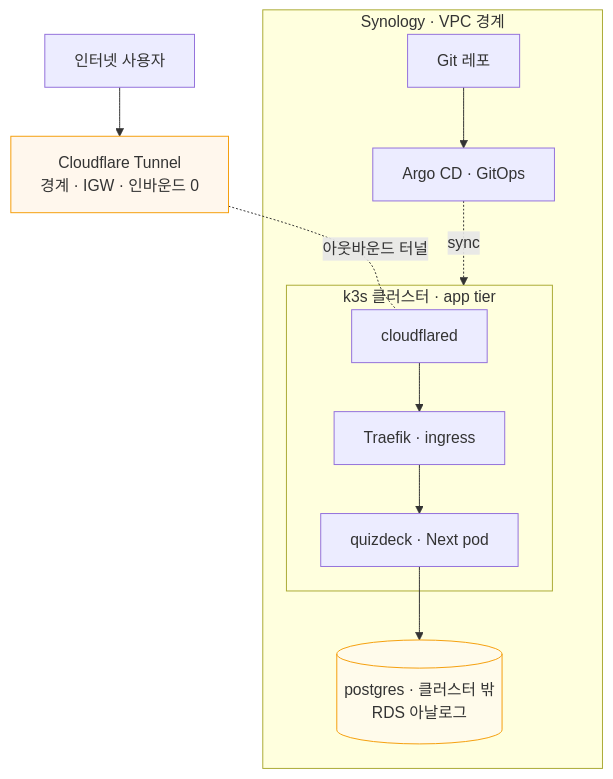
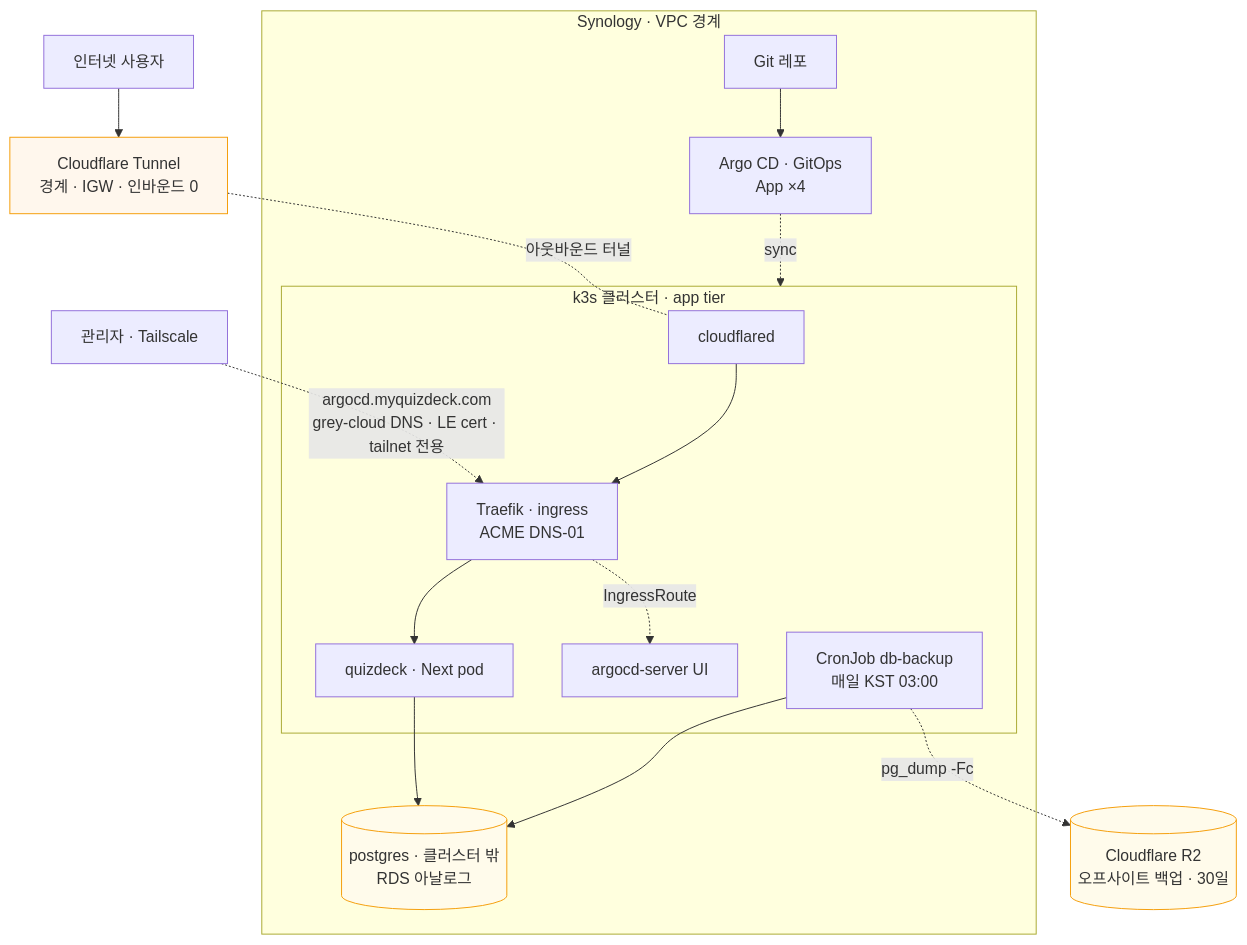
Before and after one commit to young1ll/quizdeck: the diagram in docs/architecture/platform-roadmap.md, drawn with Mermaid. The commit also changed 1 other file, not shown here.

Commit message:
docs(architecture): 인프라 다이어그램 현행화 — R2 백업·ArgoCD tailnet 노출·롤아웃 게이트
architecture-aws-style.html(정본 도면)을 2026-07-09 라이브 상태로 갱신: Cloudflare R2
오프사이트 백업(Synology 밖 = 다른 실패 도메인, postgres→CronJob→R2 흐름), ArgoCD UI
tailnet 전용 경로(Tailscale→Traefik IngressRoute→argocd-server, grey-cloud·LE cert),
Traefik ACME DNS-01, Argo App ×4, CI 롤아웃 확정 게이트, quizdeck ns 의 db-backup
CronJob·probe 표기. 매핑·흐름 테이블에 백업/CD대시보드/TLS/헬스 행 + 운영 흐름 표 추가,
깨진 ADR-0002 링크(../adr/) 수정. platform-roadmap.md mermaid 토폴로지도 동기화.
Chrome 렌더 검증(라벨 넘침·텍스트 충돌 수정).

Claude-Session: https://claude.ai/code/session_0135dBHsAytVxNJ1RnMsMdiK

````diff
--- a/docs/architecture/platform-roadmap.md
+++ b/docs/architecture/platform-roadmap.md
@@ -17,18 +17,23 @@
 ```mermaid
 flowchart TB
   U[인터넷 사용자] --> CF[Cloudflare Tunnel<br/>경계 · IGW · 인바운드 0]
   CF -. 아웃바운드 터널 .- CFD
+  ADM[관리자 · Tailscale] -. "argocd.myquizdeck.com<br/>grey-cloud DNS · LE cert · tailnet 전용" .-> TR
   subgraph SYN["Synology · VPC 경계"]
     subgraph K3S["k3s 클러스터 · app tier"]
-      CFD[cloudflared] --> TR[Traefik · ingress]
+      CFD[cloudflared] --> TR[Traefik · ingress<br/>ACME DNS-01]
       TR --> NX[quizdeck · Next pod]
+      TR -. IngressRoute .-> AUI[argocd-server UI]
+      BK[CronJob db-backup<br/>매일 KST 03:00]
     end
     NX --> PG[(postgres · 클러스터 밖<br/>RDS 아날로그)]
-    GIT[Git 레포] --> ARGO[Argo CD · GitOps]
+    BK --> PG
+    GIT[Git 레포] --> ARGO[Argo CD · GitOps<br/>App ×4]
     ARGO -. sync .-> K3S
   end
+  BK -. "pg_dump -Fc" .-> R2[(Cloudflare R2<br/>오프사이트 백업 · 30일)]
   classDef edge fill:#fff7ed,stroke:#f59e0b;
   classDef data fill:#fffbeb,stroke:#f59e0b;
   class CF edge
-  class PG data
+  class PG,R2 data
 ```
````
